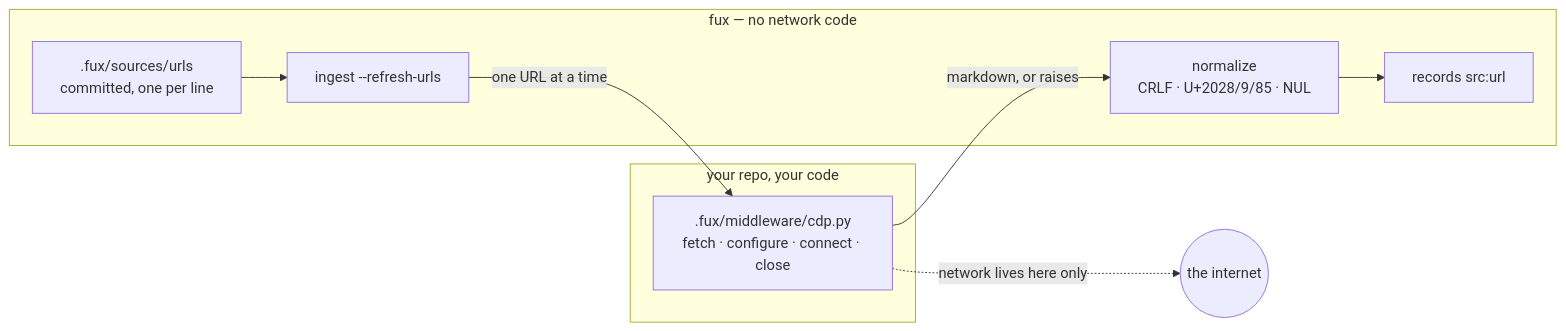
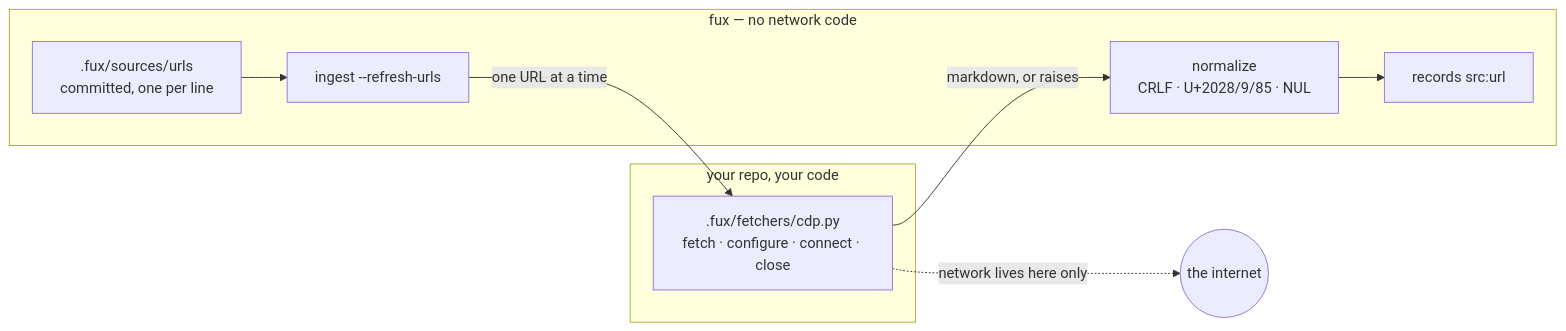
The diagram in docs/adr/0008_url-ingest.md (arpitarya/fux), drawn with Mermaid before and after one commit. The commit also changed other lines of this file and 72 other files, not shown here.

````diff
--- a/docs/adr/0008_url-ingest.md
+++ b/docs/adr/0008_url-ingest.md
@@ -46,17 +46,17 @@
 ```mermaid
 flowchart LR
     subgraph fux ["fux — no network code"]
         R["ingest --refresh-urls"]
         U[".fux/sources/urls<br/>committed, one per line"]
         N["normalize<br/>CRLF · U+2028/9/85 · NUL"]
         W["records src:url"]
     end
     subgraph yours ["your repo, your code"]
-        M[".fux/middleware/cdp.py<br/>fetch · configure · connect · close"]
+        M[".fux/fetchers/cdp.py<br/>fetch · configure · connect · close"]
     end
     U --> R
     R -->|"one URL at a time"| M
     M -->|"markdown, or raises"| N
     N --> W
     M -.->|"network lives here only"| NET(("the internet"))
 ```
````
